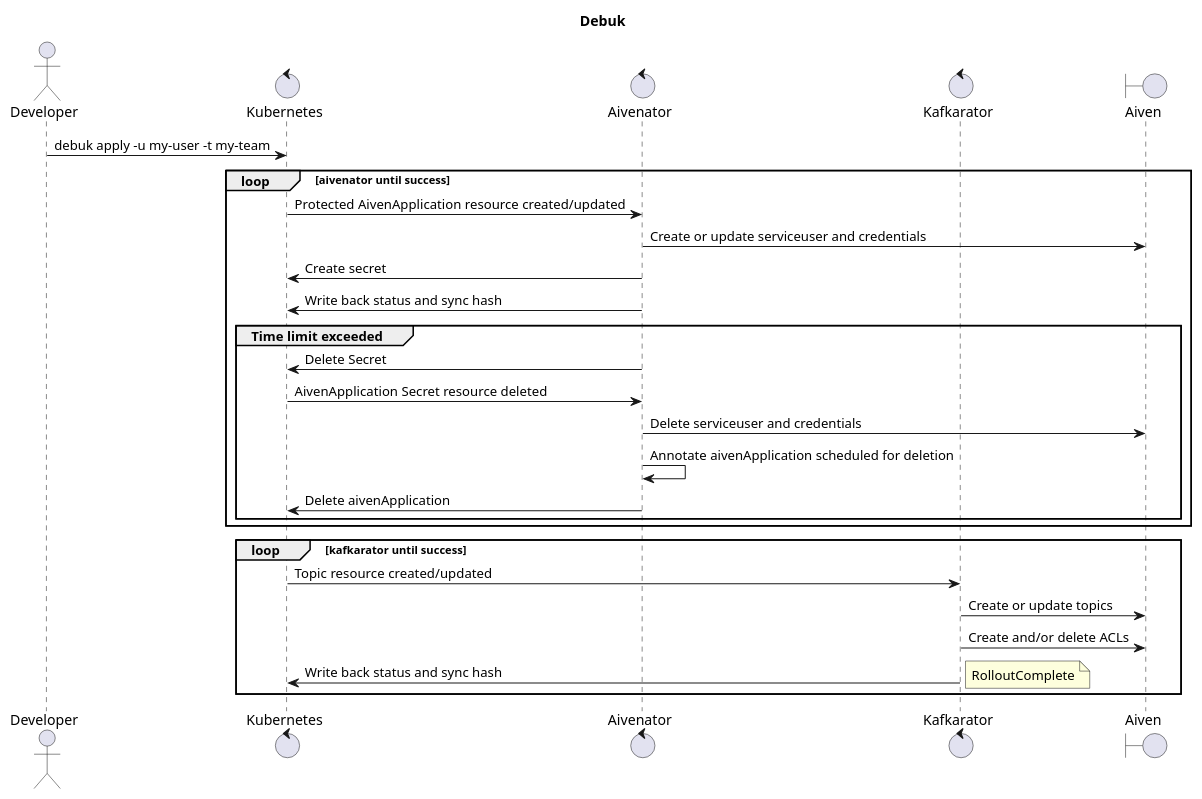
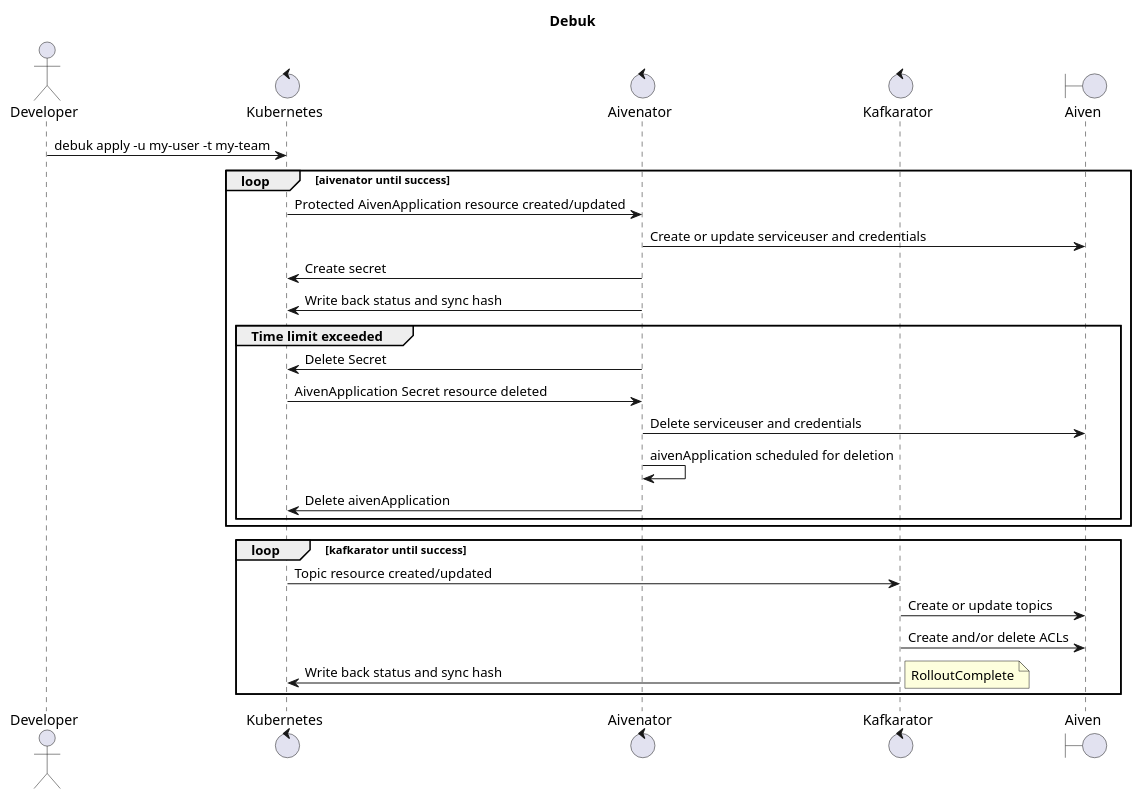
Before and after one commit to nais/cli: the diagram in doc/debuk.puml, drawn with PlantUML. The commit also changed 1 other file, not shown here.

```diff
--- a/doc/debuk.puml
+++ b/doc/debuk.puml
@@ -1,34 +1,34 @@
 @startuml
 title Debuk
 
 actor developer as "Developer"
 control kubernetes as "Kubernetes"
 control aivenator as "Aivenator"
 control kafkarator as "Kafkarator"
 boundary aiven as "Aiven"
 
 developer -> kubernetes : debuk apply -u my-user -t my-team
 
 loop aivenator until success
 kubernetes -> aivenator : Protected AivenApplication resource created/updated
 aivenator -> aiven : Create or update serviceuser and credentials
 aivenator -> kubernetes : Create secret
 aivenator -> kubernetes : Write back status and sync hash
 group Time limit exceeded
 aivenator -> kubernetes : Delete Secret
 kubernetes -> aivenator : AivenApplication Secret resource deleted
 aivenator -> aiven : Delete serviceuser and credentials
-aivenator -> aivenator : Annotate aivenApplication scheduled for deletion
+aivenator -> aivenator : aivenApplication scheduled for deletion
 aivenator -> kubernetes : Delete aivenApplication
     end
 end
 
 loop kafkarator until success
 kubernetes -> kafkarator : Topic resource created/updated
 kafkarator -> aiven : Create or update topics
 kafkarator -> aiven : Create and/or delete ACLs
 kafkarator -> kubernetes : Write back status and sync hash
 note right: RolloutComplete
 end
 
 @enduml
```
